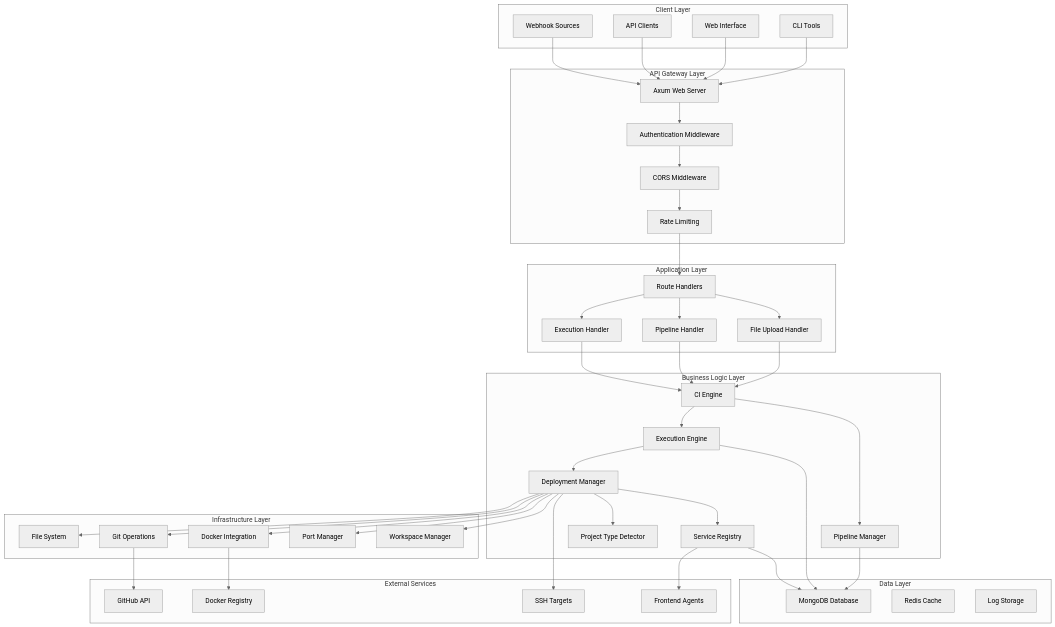
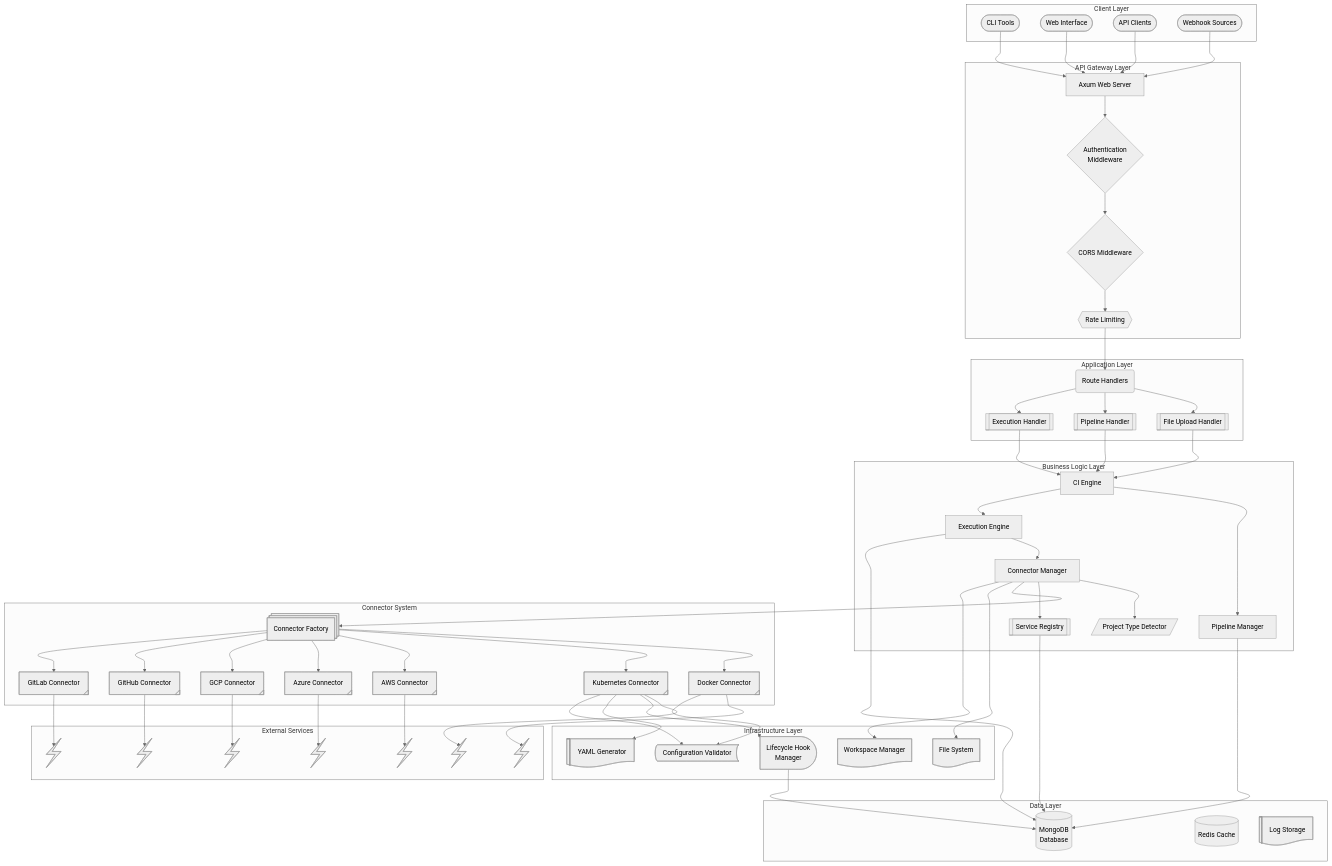
One commit to RitabrataRoychowdhury/RustCI changed the first of 14 diagrams in SYSTEM_DESIGN.md. Above: the diagram before and after it, drawn with Mermaid (neutral theme). The commit also changed other lines of this file, not shown here.

````diff
--- a/SYSTEM_DESIGN.md
+++ b/SYSTEM_DESIGN.md
@@ -11,92 +11,131 @@
 ```mermaid
-graph TB
-    subgraph "Client Layer"
-        CLI[CLI Tools]
-        WEB[Web Interface]
-        API_CLIENT[API Clients]
-        WEBHOOK[Webhook Sources]
+%%{ init: { 'flowchart': { 'curve': 'cardinal' } } }%%
+flowchart TB
+    %% ===== Client Layer =====
+    subgraph CLIENT [Client Layer]
+        CLI@{ shape: stadium, label: "CLI Tools" }
+        WEB@{ shape: stadium, label: "Web Interface" }
+        API_CLIENT@{ shape: stadium, label: "API Clients" }
+        WEBHOOK@{ shape: stadium, label: "Webhook Sources" }
     end
-    
-    subgraph "API Gateway Layer"
-        AXUM[Axum Web Server]
-        AUTH[Authentication Middleware]
-        CORS[CORS Middleware]
-        RATE[Rate Limiting]
+
+    %% ===== API Gateway Layer =====
+    subgraph AGW [API Gateway Layer]
+        AXUM@{ shape: rect, label: "Axum Web Server" }
+        AUTH@{ shape: diamond, label: "Authentication\nMiddleware" }
+        CORS@{ shape: diamond, label: "CORS Middleware" }
+        RATE@{ shape: hex, label: "Rate Limiting" }
     end
-    
-    subgraph "Application Layer"
-        ROUTES[Route Handlers]
-        UPLOAD[File Upload Handler]
-        PIPELINE[Pipeline Handler]
-        EXEC[Execution Handler]
+
+    %% ===== Application Layer =====
+    subgraph APP [Application Layer]
+        ROUTES@{ shape: rounded, label: "Route Handlers" }
+        UPLOAD@{ shape: fr-rect, label: "File Upload Handler" }
+        PIPELINE@{ shape: fr-rect, label: "Pipeline Handler" }
+        EXEC@{ shape: fr-rect, label: "Execution Handler" }
     end
-    
-    subgraph "Business Logic Layer"
-        CI_ENGINE[CI Engine]
-        PIPELINE_MGR[Pipeline Manager]
-        EXEC_ENGINE[Execution Engine]
-        DEPLOY_MGR[Deployment Manager]
-        PROJECT_DETECT[Project Type Detector]
-        SERVICE_REG[Service Registry]
+
+    %% ===== Business Logic Layer =====
+    subgraph BIZ [Business Logic Layer]
+        CI_ENGINE@{ shape: rect, label: "CI Engine" }
+        PIPELINE_MGR@{ shape: rect, label: "Pipeline Manager" }
+        EXEC_ENGINE@{ shape: rect, label: "Execution Engine" }
+        CONNECTOR_MGR@{ shape: rect, label: "Connector Manager" }
+        PROJECT_DETECT@{ shape: lean-r, label: "Project Type Detector" }
+        SERVICE_REG@{ shape: fr-rect, label: "Service Registry" }
     end
-    
-    subgraph "Infrastructure Layer"
-        FILE_SYS[File System]
-        DOCKER[Docker Integration]
-        GIT[Git Operations]
-        PORT_MGR[Port Manager]
-        WORKSPACE[Workspace Manager]
+
+    %% ===== Connector System =====
+    subgraph CONN [Connector System]
+        CONN_FACTORY@{ shape: procs, label: "Connector Factory" }
+        DOCKER_CONN@{ shape: tag-rect, label: "Docker Connector" }
+        K8S_CONN@{ shape: tag-rect, label: "Kubernetes Connector" }
+        AWS_CONN@{ shape: tag-rect, label: "AWS Connector" }
+        AZURE_CONN@{ shape: tag-rect, label: "Azure Connector" }
+        GCP_CONN@{ shape: tag-rect, label: "GCP Connector" }
+        GITHUB_CONN@{ shape: tag-rect, label: "GitHub Connector" }
+        GITLAB_CONN@{ shape: tag-rect, label: "GitLab Connector" }
     end
-    
-    subgraph "Data Layer"
-        MONGODB[MongoDB Database]
-        CACHE[Redis Cache]
-        LOGS[Log Storage]
+
+    %% ===== Infrastructure Layer =====
+    subgraph INFRA [Infrastructure Layer]
+        FILE_SYS@{ shape: doc, label: "File System" }
+        WORKSPACE@{ shape: doc, label: "Workspace Manager" }
+        LIFECYCLE_HOOKS@{ shape: delay, label: "Lifecycle Hook\nManager" }
+        YAML_GEN@{ shape: lin-doc, label: "YAML Generator" }
+        VALIDATOR@{ shape: bow-rect, label: "Configuration Validator" }
     end
-    
-    subgraph "External Services"
-        GITHUB[GitHub API]
-        DOCKER_HUB[Docker Registry]
-        SSH_TARGETS[SSH Targets]
-        AGENTS[Frontend Agents]
+
+    %% ===== Data Layer =====
+    subgraph DATA [Data Layer]
+        MONGODB@{ shape: cyl, label: "MongoDB\nDatabase" }
+        CACHE@{ shape: cyl, label: "Redis Cache" }
+        LOGS@{ shape: lin-doc, label: "Log Storage" }
     end
-    
+
+    %% ===== External Services =====
+    subgraph EXT [External Services]
+        DOCKER_API@{ shape: bolt, label: "Docker API" }
+        K8S_API@{ shape: bolt, label: "Kubernetes API" }
+        AWS_API@{ shape: bolt, label: "AWS Services" }
+        AZURE_API@{ shape: bolt, label: "Azure Services" }
+        GCP_API@{ shape: bolt, label: "GCP Services" }
+        GITHUB_API@{ shape: bolt, label: "GitHub API" }
+        GITLAB_API@{ shape: bolt, label: "GitLab API" }
+    end
+
+    %% ==== Connections ===
     CLI --> AXUM
     WEB --> AXUM
     API_CLIENT --> AXUM
     WEBHOOK --> AXUM
-    
+
     AXUM --> AUTH
     AUTH --> CORS
     CORS --> RATE
     RATE --> ROUTES
-    
+
     ROUTES --> UPLOAD
     ROUTES --> PIPELINE
     ROUTES --> EXEC
-    
+
     UPLOAD --> CI_ENGINE
     PIPELINE --> CI_ENGINE
     EXEC --> CI_ENGINE
-    
+
     CI_ENGINE --> PIPELINE_MGR
     CI_ENGINE --> EXEC_ENGINE
-    EXEC_ENGINE --> DEPLOY_MGR
-    DEPLOY_MGR --> PROJECT_DETECT
-    DEPLOY_MGR --> SERVICE_REG
-    
+    EXEC_ENGINE --> CONNECTOR_MGR
+    CONNECTOR_MGR --> PROJECT_DETECT
+    CONNECTOR_MGR --> SERVICE_REG
+
     PIPELINE_MGR --> MONGODB
     EXEC_ENGINE --> MONGODB
     SERVICE_REG --> MONGODB
-    
-    DEPLOY_MGR --> FILE_SYS
-    DEPLOY_MGR --> DOCKER
-    DEPLOY_MGR --> GIT
-    DEPLOY_MGR --> PORT_MGR
-    DEPLOY_MGR --> WORKSPACE
-    
-    DOCKER --> DOCKER_HUB
-    GIT --> GITHUB
-    DEPLOY_MGR --> SSH_TARGETS
-    SERVICE_REG --> AGENTS
+
+    CONNECTOR_MGR --> CONN_FACTORY
+    CONN_FACTORY --> DOCKER_CONN
+    CONN_FACTORY --> K8S_CONN
+    CONN_FACTORY --> AWS_CONN
+    CONN_FACTORY --> AZURE_CONN
+    CONN_FACTORY --> GCP_CONN
+    CONN_FACTORY --> GITHUB_CONN
+    CONN_FACTORY --> GITLAB_CONN
+
+    DOCKER_CONN --> DOCKER_API
+    K8S_CONN --> K8S_API
+    AWS_CONN --> AWS_API
+    AZURE_CONN --> AZURE_API
+    GCP_CONN --> GCP_API
+    GITHUB_CONN --> GITHUB_API
+    GITLAB_CONN --> GITLAB_API
+
+    K8S_CONN --> LIFECYCLE_HOOKS
+    K8S_CONN --> YAML_GEN
+    K8S_CONN --> VALIDATOR
+    DOCKER_CONN --> VALIDATOR
+
+    LIFECYCLE_HOOKS --> MONGODB
+    CONNECTOR_MGR --> FILE_SYS
+    CONNECTOR_MGR --> WORKSPACE
 ```
````
